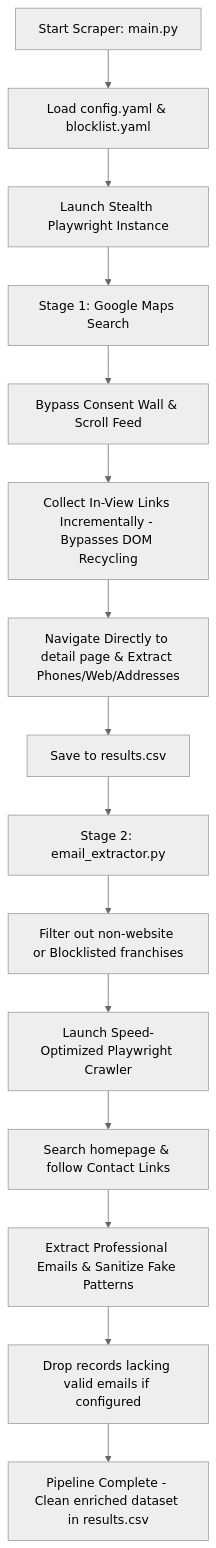
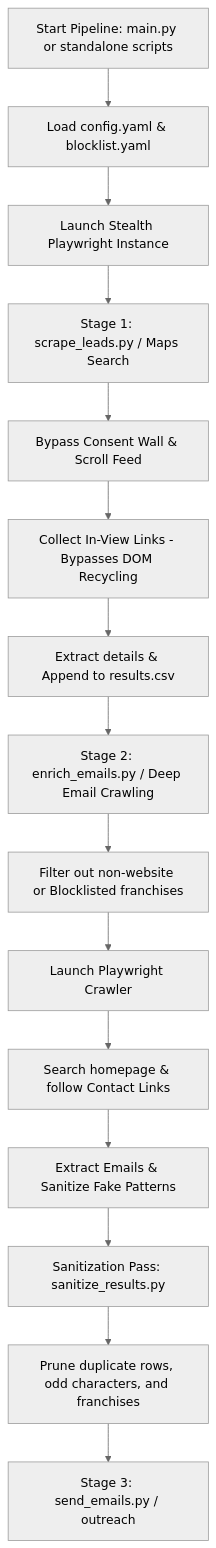
One commit to loren-hub/lcascraping changed the diagram in README.md. Above: the diagram before and after it, drawn with Mermaid (neutral theme). The commit also changed other lines of this file and 10 other files, not shown here.

Commit message:
dividimos la pipeline en 3 .py diferentes para poder ejeecutarlos individualmente aunque preservamos el flujo original en main.py. agregamos sanitización para los resultados del csv. cambios correspondientes en el readme

````diff
--- a/README.md
+++ b/README.md
@@ -40,17 +46,17 @@
 ```mermaid
 graph TD
-    A[Start Scraper: main.py] --> B[Load config.yaml & blocklist.yaml]
+    A[Start Pipeline: main.py or standalone scripts] --> B[Load config.yaml & blocklist.yaml]
     B --> C[Launch Stealth Playwright Instance]
-    C --> D[Stage 1: Google Maps Search]
+    C --> D[Stage 1: scrape_leads.py / Maps Search]
     D --> E[Bypass Consent Wall & Scroll Feed]
-    E --> F[Collect In-View Links Incrementally - Bypasses DOM Recycling]
-    F --> G[Navigate Directly to detail page & Extract Phones/Web/Addresses]
-    G --> H[Save to results.csv]
-    H --> I[Stage 2: email_extractor.py]
-    I --> J[Filter out non-website or Blocklisted franchises]
-    J --> K[Launch Speed-Optimized Playwright Crawler]
-    K --> L[Search homepage & follow Contact Links]
-    L --> M[Extract Professional Emails & Sanitize Fake Patterns]
-    M --> N[Drop records lacking valid emails if configured]
-    N --> O[Pipeline Complete - Clean enriched dataset in results.csv]
+    E --> F[Collect In-View Links - Bypasses DOM Recycling]
+    F --> G[Extract details & Append to results.csv]
+    G --> H[Stage 2: enrich_emails.py / Deep Email Crawling]
+    H --> I[Filter out non-website or Blocklisted franchises]
+    I --> J[Launch Playwright Crawler]
+    J --> K[Search homepage & follow Contact Links]
+    K --> L[Extract Emails & Sanitize Fake Patterns]
+    L --> M[Sanitization Pass: sanitize_results.py]
+    M --> N[Prune duplicate rows, odd characters, and franchises]
+    N --> O[Stage 3: send_emails.py / outreach]
 ```
````
